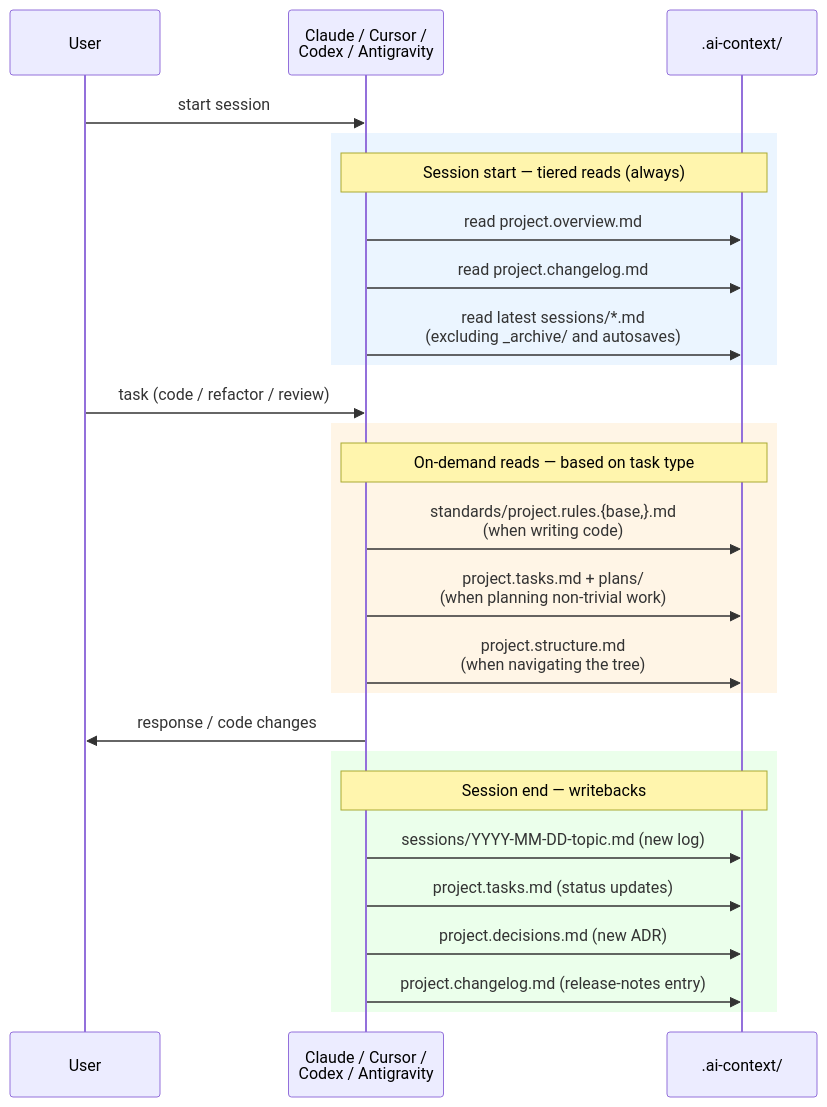
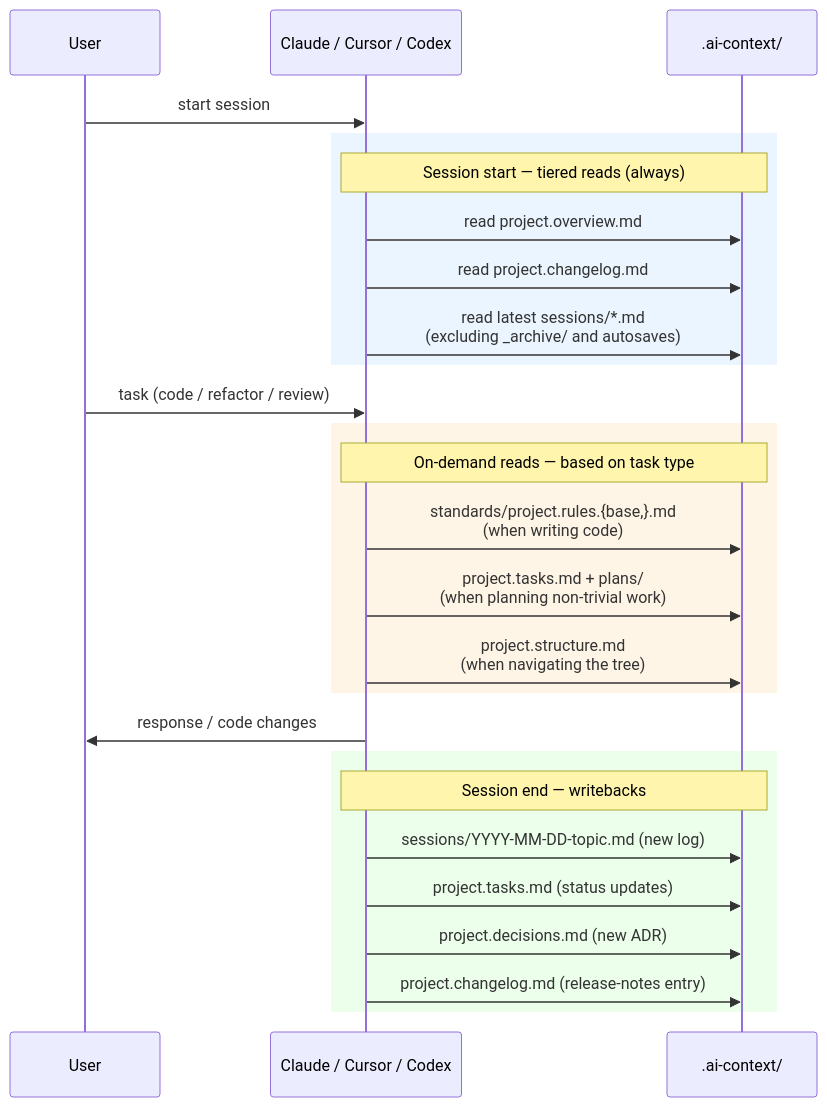
Before and after one commit to dkothule/ai-context: the third of 6 diagrams in docs/ARCHITECTURE.md, drawn with Mermaid. The commit also changed other lines of this file and 93 other files, not shown here.

First line of the commit message:
feat: v1.2.0 — Codex & Cursor CLI execution + session-hook parity (#9)

````diff
--- a/docs/ARCHITECTURE.md
+++ b/docs/ARCHITECTURE.md
@@ -95,34 +94,34 @@
 ```mermaid
 sequenceDiagram
   participant User
-  participant Agent as Claude / Cursor /<br/>Codex / Antigravity
+  participant Agent as Claude / Cursor / Codex
   participant Ctx as .ai-context/
 
   User->>Agent: start session
 
   rect rgb(235, 245, 255)
     note over Agent,Ctx: Session start — tiered reads (always)
     Agent->>Ctx: read project.overview.md
     Agent->>Ctx: read project.changelog.md
     Agent->>Ctx: read latest sessions/*.md<br/>(excluding _archive/ and autosaves)
   end
 
   User->>Agent: task (code / refactor / review)
 
   rect rgb(255, 245, 230)
     note over Agent,Ctx: On-demand reads — based on task type
     Agent->>Ctx: standards/project.rules.{base,}.md<br/>(when writing code)
     Agent->>Ctx: project.tasks.md + plans/<br/>(when planning non-trivial work)
     Agent->>Ctx: project.structure.md<br/>(when navigating the tree)
   end
 
   Agent->>User: response / code changes
 
   rect rgb(235, 255, 235)
     note over Agent,Ctx: Session end — writebacks
     Agent->>Ctx: sessions/YYYY-MM-DD-topic.md (new log)
     Agent->>Ctx: project.tasks.md (status updates)
     Agent->>Ctx: project.decisions.md (new ADR)
     Agent->>Ctx: project.changelog.md (release-notes entry)
   end
 ```
````
